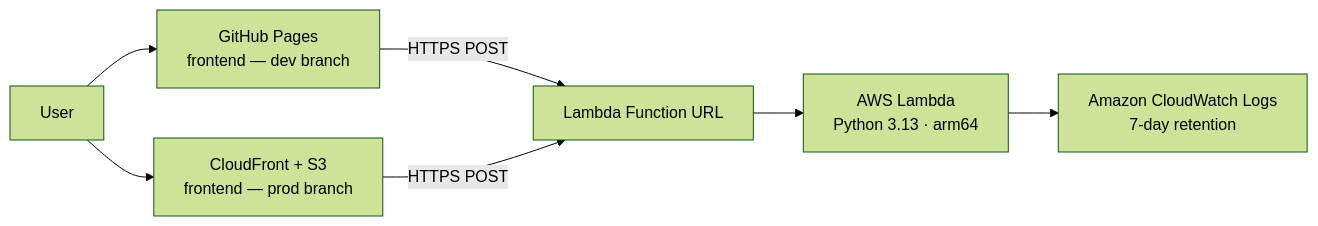
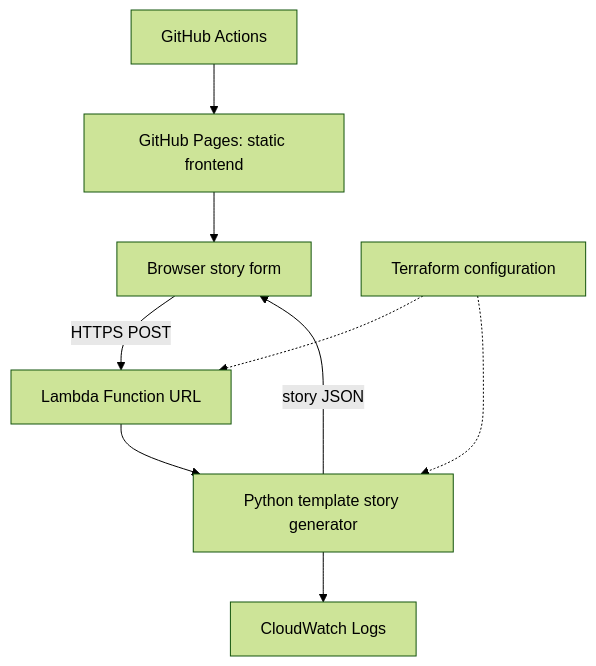
One commit to mtzanida/bousbis-tiny-tale-machine changed the diagram in README.md. Above: the diagram before and after it, drawn with Mermaid (forest theme). The commit also changed other lines of this file, not shown here.

Commit message:
docs: add concise overview and architecture diagram

````diff
--- a/README.md
+++ b/README.md
@@ -27,9 +9,11 @@
 ```mermaid
-flowchart LR
-    User --> Pages[GitHub Pages\nfrontend — dev branch]
-    User --> CF[CloudFront + S3\nfrontend — prod branch]
-    Pages -->|HTTPS POST| URL[Lambda Function URL]
-    CF    -->|HTTPS POST| URL
-    URL   --> Lambda[AWS Lambda\nPython 3.13 · arm64]
-    Lambda --> Logs[Amazon CloudWatch Logs\n7-day retention]
+flowchart TD
+  Workflow["GitHub Actions"] --> Pages["GitHub Pages: static frontend"]
+  Pages --> Browser["Browser story form"]
+  Browser -->|HTTPS POST| URL["Lambda Function URL"]
+  URL --> Function["Python template story generator"]
+  Function -->|story JSON| Browser
+  Function --> Logs["CloudWatch Logs"]
+  Terraform["Terraform configuration"] -.-> URL
+  Terraform -.-> Function
 ```
````
